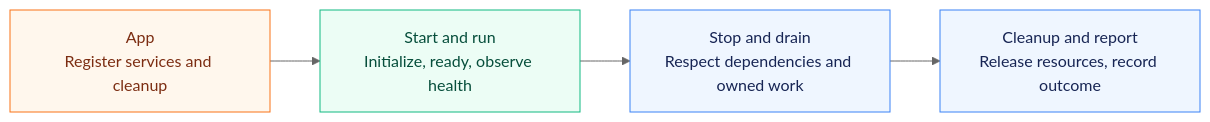
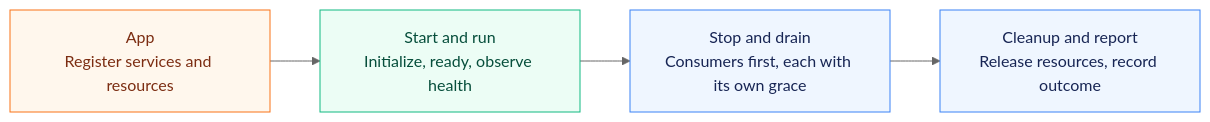
The diagram in README.md (nanfeng-labs/miju-services), drawn with Mermaid (neutral theme) before and after one commit. The commit also changed other lines of this file and 71 other files, not shown here.

````diff
--- a/README.md
+++ b/README.md
@@ -190,12 +187,12 @@
 ```mermaid
 flowchart LR
-    app["App<br/>Register services and cleanup"] --> run["Start and run<br/>Initialize, ready, observe health"]
-    run --> drain["Stop and drain<br/>Respect dependencies and owned work"]
+    app["App<br/>Register services and resources"] --> run["Start and run<br/>Initialize, ready, observe health"]
+    run --> drain["Stop and drain<br/>Consumers first, each with its own grace"]
     drain --> report["Cleanup and report<br/>Release resources, record outcome"]
     classDef assembly fill:#fff7ed,stroke:#f97316,color:#7c2d12
     classDef operation fill:#ecfdf5,stroke:#10b981,color:#064e3b
     classDef ending fill:#eff6ff,stroke:#3b82f6,color:#172554
     class app assembly
     class run operation
     class drain,report ending
 ```
````
